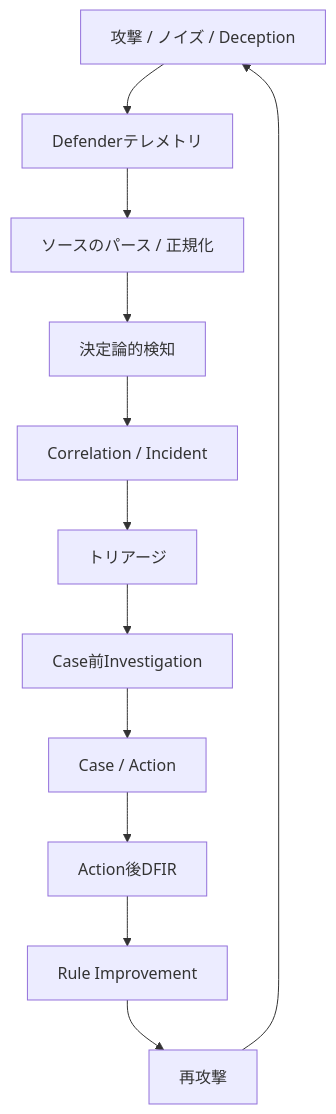
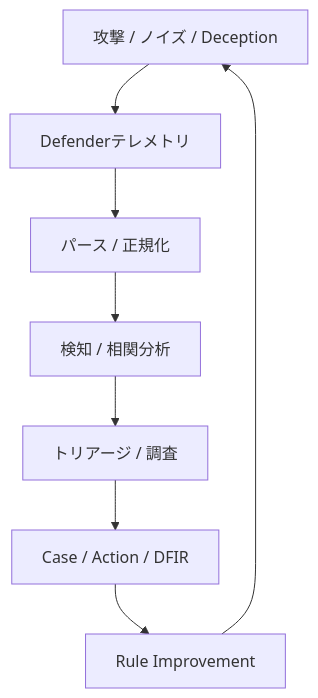
Before and after one commit to jpsuper/intelligent-soc-lab-portfolio: the diagram in README_ja.md, drawn with Mermaid. The commit also changed other lines of this file and 1 other file, not shown here.

````diff
--- a/README_ja.md
+++ b/README_ja.md
@@ -92,26 +32,18 @@
 ```mermaid
 flowchart TD
     A["攻撃 / ノイズ / Deception"]
     B["Defenderテレメトリ"]
-    C["ソースのパース / 正規化"]
-    D["決定論的検知"]
-    E["Correlation / Incident"]
-    F["トリアージ"]
-    G["Case前Investigation"]
-    H["Case / Action"]
-    I["Action後DFIR"]
-    J["Rule Improvement"]
-    K["再攻撃"]
+    C["パース / 正規化"]
+    D["検知 / 相関分析"]
+    E["トリアージ / 調査"]
+    F["Case / Action / DFIR"]
+    G["Rule Improvement"]
 
     A --> B
     B --> C
     C --> D
     D --> E
     E --> F
     F --> G
-    G --> H
-    H --> I
-    I --> J
-    J --> K
-    K --> A
+    G --> A
 ```
````
